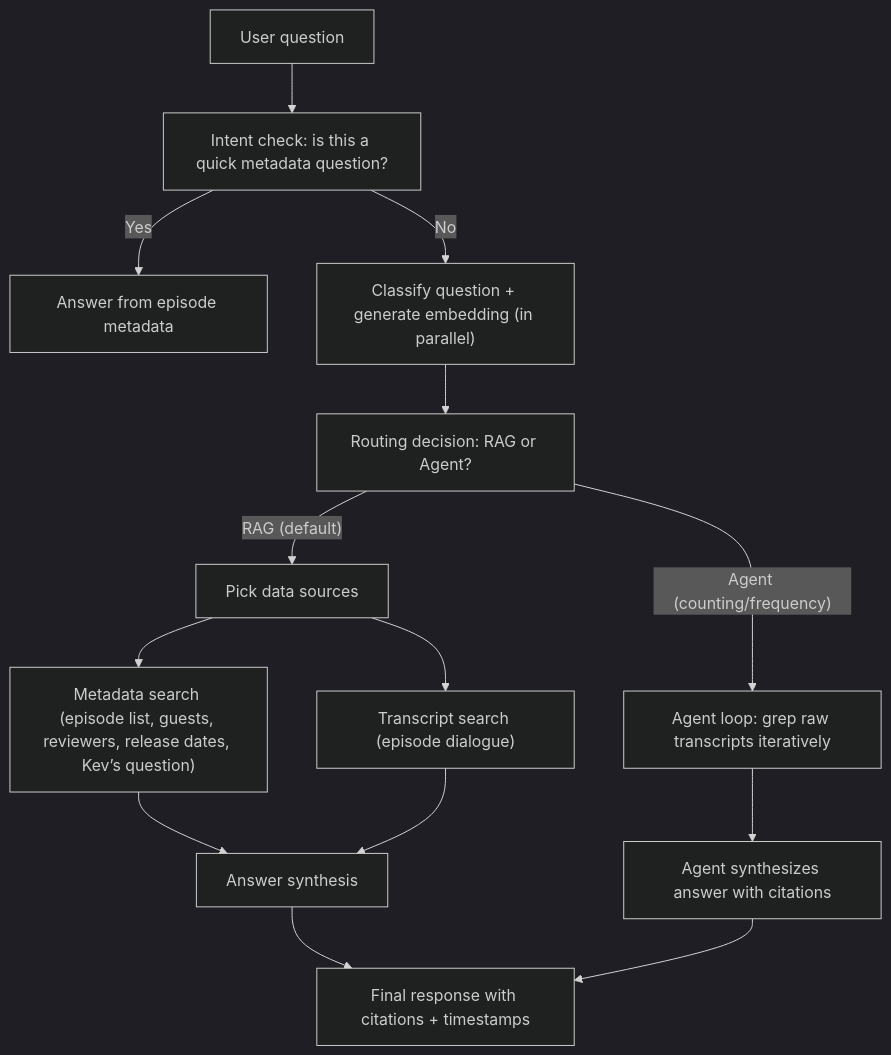
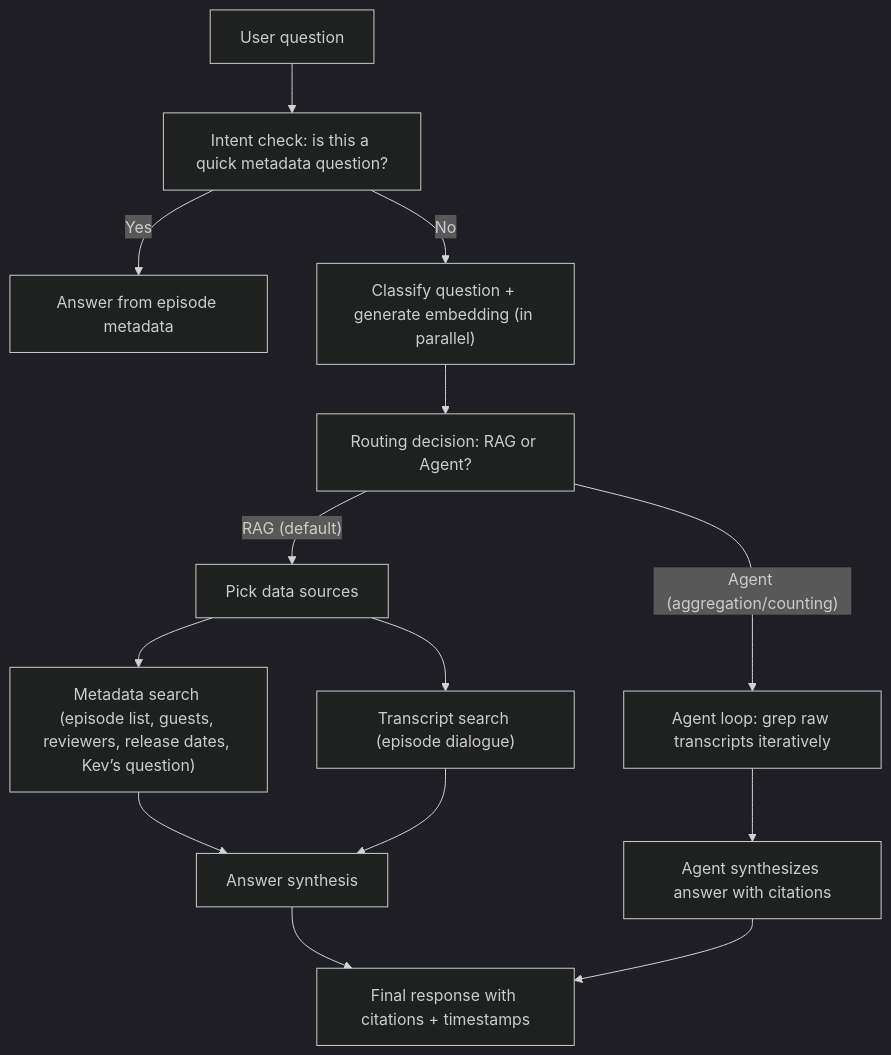
The first of 2 diagrams in docs/query-journey.md (matthh/transcript-app), drawn with Mermaid (dark theme) before and after one commit. The commit also changed other lines of this file and 5 other files, not shown here.

````diff
--- a/docs/query-journey.md
+++ b/docs/query-journey.md
@@ -16,16 +16,16 @@
 ```mermaid
 flowchart TD
   A["User question"] --> B["Intent check: is this a quick metadata question?"]
   B -- "Yes" --> C["Answer from episode metadata"]
   B -- "No" --> D["Classify question + generate embedding (in parallel)"]
   D --> R["Routing decision: RAG or Agent?"]
-  R -- "Agent (counting/frequency)" --> AG["Agent loop: grep raw transcripts iteratively"]
+  R -- "Agent (aggregation/counting)" --> AG["Agent loop: grep raw transcripts iteratively"]
   AG --> AGR["Agent synthesizes answer with citations"]
   R -- "RAG (default)" --> E["Pick data sources"]
   E --> F["Metadata search (episode list, guests, reviewers, release dates, Kev’s question)"]
   E --> G["Transcript search (episode dialogue)"]
   F --> H["Answer synthesis"]
   G --> H["Answer synthesis"]
   H --> I["Final response with citations + timestamps"]
   AGR --> I
 ```
````
